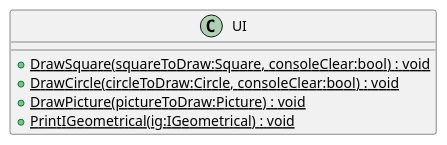
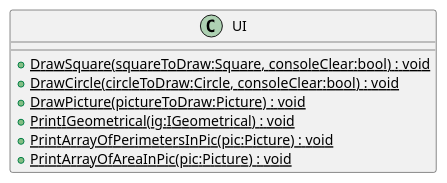
The diagram in plantuml/20240701_HW_Inheritence/UI.puml (19vano97/levelUpOOP), drawn with PlantUML before and after one commit. The commit also changed 40 other files, not shown here.

```diff
--- a/plantuml/20240701_HW_Inheritence/UI.puml
+++ b/plantuml/20240701_HW_Inheritence/UI.puml
@@ -1,8 +1,10 @@
 @startuml
 class UI {
     + {static} DrawSquare(squareToDraw:Square, consoleClear:bool) : void
     + {static} DrawCircle(circleToDraw:Circle, consoleClear:bool) : void
     + {static} DrawPicture(pictureToDraw:Picture) : void
     + {static} PrintIGeometrical(ig:IGeometrical) : void
+    + {static} PrintArrayOfPerimetersInPic(pic:Picture) : void
+    + {static} PrintArrayOfAreaInPic(pic:Picture) : void
 }
 @enduml
```
